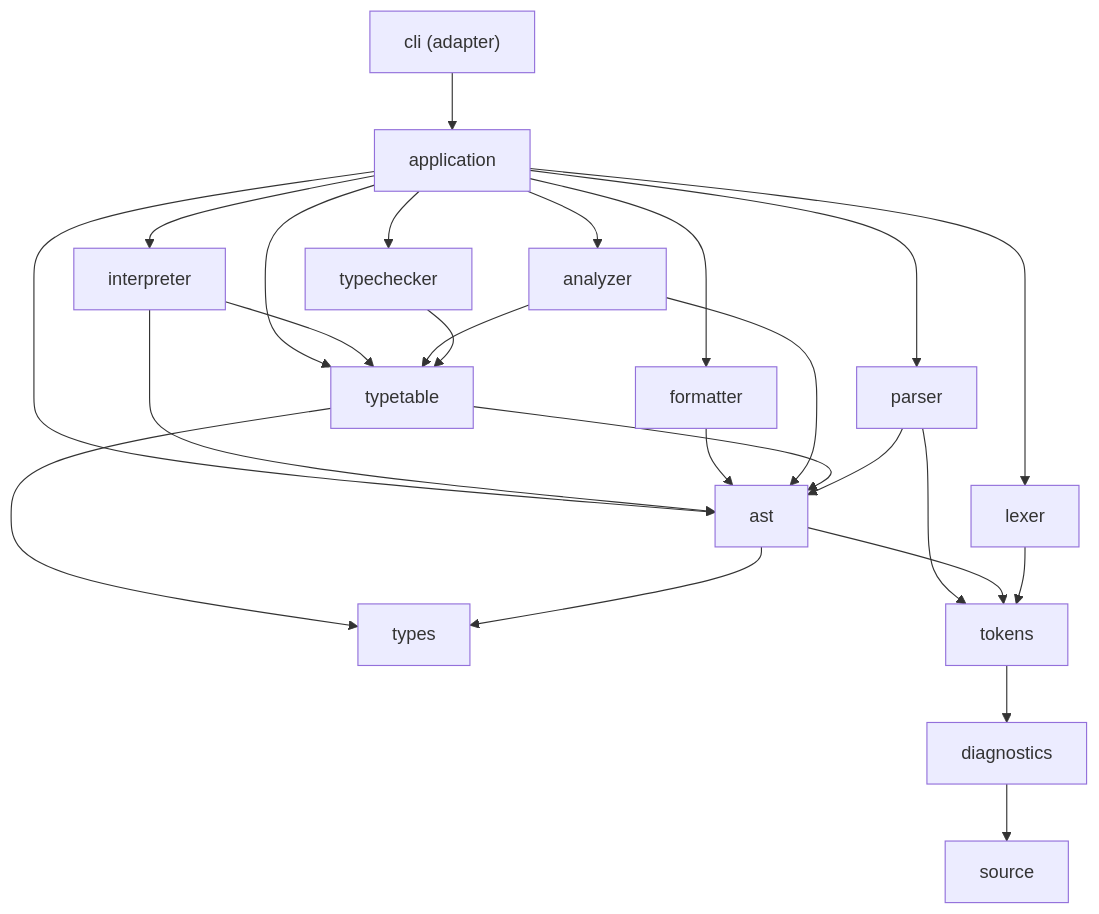
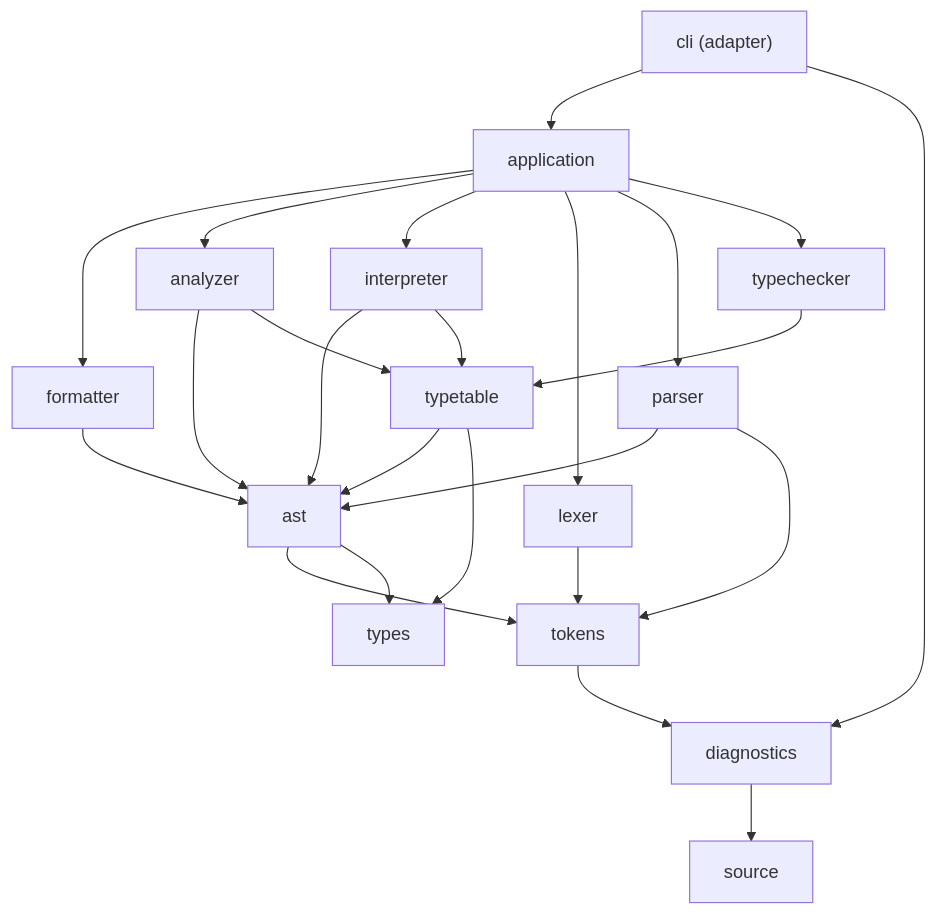
Before and after one commit to GarroteSantiago/printscript: the first of 3 diagrams in docs/architecture.md, drawn with Mermaid. The commit also changed other lines of this file and 20 other files, not shown here.

First line of the commit message:
refactor(application,typetable,typechecker): pull statement orchestration into ValidatedStatementSource

````diff
--- a/docs/architecture.md
+++ b/docs/architecture.md
@@ -36,27 +43,26 @@
 ```mermaid
 graph TD
     cli["cli (adapter)"] --> application
+    cli --> diagnostics
     application --> formatter
     application --> analyzer
     application --> interpreter
     application --> lexer
-    application --> ast
     application --> parser
-    application --> typetable
     application --> typechecker
     interpreter --> ast
     interpreter --> typetable
     formatter --> ast
     analyzer --> ast
     analyzer --> typetable
     typechecker --> typetable
     typetable --> ast
     typetable --> types
     parser --> ast
     parser --> tokens
     ast --> tokens
     ast --> types
     lexer --> tokens
     tokens --> diagnostics
     diagnostics --> source
 ```
````
